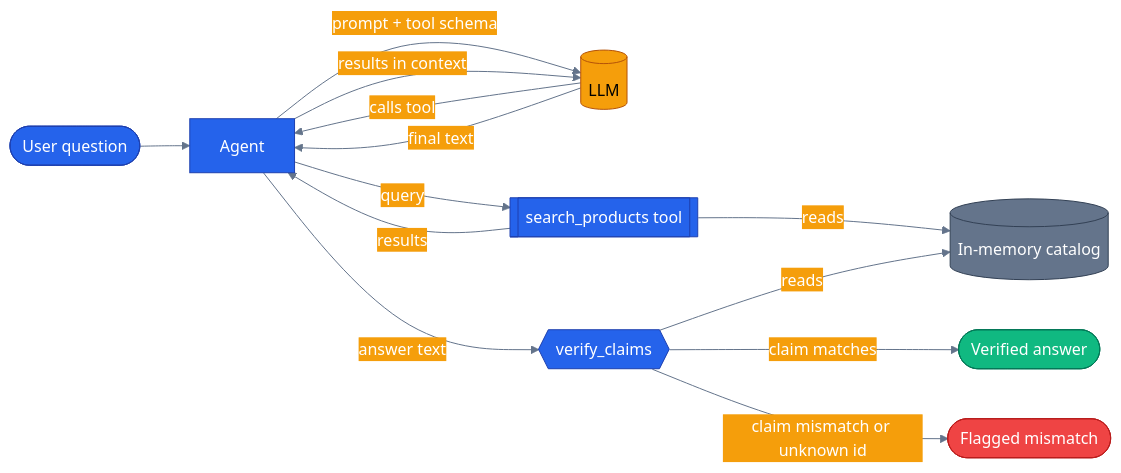
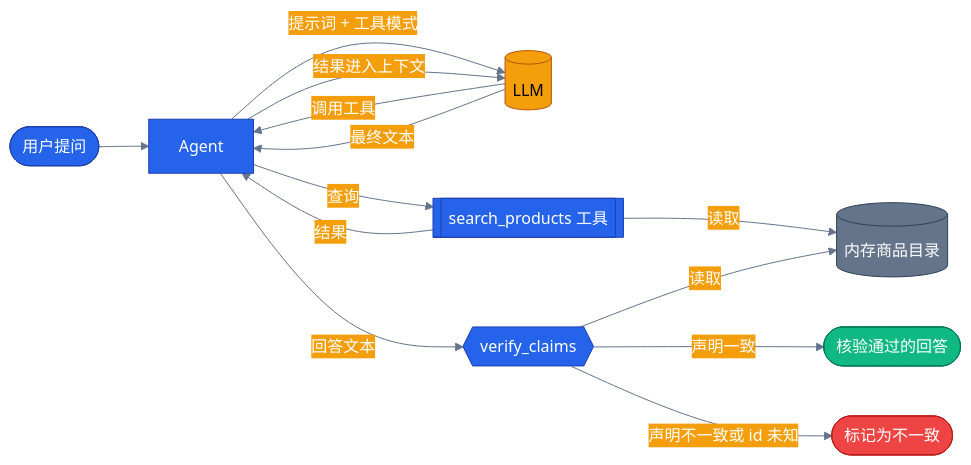
One commit to s1encisi/reliable-commerce-agents changed the diagram in tutorials/24-rag-and-grounding/README.md. Above: the diagram before and after it, drawn with Mermaid. The commit also changed other lines of this file and 1033 other files, not shown here.

````diff
--- a/tutorials/24-rag-and-grounding/README.md
+++ b/tutorials/24-rag-and-grounding/README.md
@@ -60,42 +31,42 @@
 ```mermaid
 %%{init: {'theme':'base', 'themeVariables': {
   'primaryColor': '#2563eb','primaryTextColor': '#ffffff','primaryBorderColor': '#1e40af',
   'lineColor': '#64748b','secondaryColor': '#f59e0b','tertiaryColor': '#10b981',
   'background': 'transparent'}}}%%
 flowchart LR
   classDef core     fill:#2563eb,stroke:#1e40af,color:#ffffff
   classDef external fill:#f59e0b,stroke:#b45309,color:#000000
   classDef success  fill:#10b981,stroke:#047857,color:#ffffff
   classDef error    fill:#ef4444,stroke:#b91c1c,color:#ffffff
   classDef infra    fill:#64748b,stroke:#334155,color:#ffffff
 
-  user([User question])
+  user([用户提问])
   agent[Agent]
   llm[(LLM)]
-  tool[[search_products tool]]
-  catalog[(In-memory catalog)]
+  tool[[search_products 工具]]
+  catalog[(内存商品目录)]
   verify{{verify_claims}}
-  ok([Verified answer])
-  bad([Flagged mismatch])
+  ok([核验通过的回答])
+  bad([标记为不一致])
 
   user --> agent
-  agent -- "prompt + tool schema" --> llm
-  llm -- "calls tool" --> agent
-  agent -- "query" --> tool
-  tool -- "reads" --> catalog
-  tool -- "results" --> agent
-  agent -- "results in context" --> llm
-  llm -- "final text" --> agent
-  agent -- "answer text" --> verify
-  verify -- "reads" --> catalog
-  verify -- "claim matches" --> ok
-  verify -- "claim mismatch or unknown id" --> bad
+  agent -- "提示词 + 工具模式" --> llm
+  llm -- "调用工具" --> agent
+  agent -- "查询" --> tool
+  tool -- "读取" --> catalog
+  tool -- "结果" --> agent
+  agent -- "结果进入上下文" --> llm
+  llm -- "最终文本" --> agent
+  agent -- "回答文本" --> verify
+  verify -- "读取" --> catalog
+  verify -- "声明一致" --> ok
+  verify -- "声明不一致或 id 未知" --> bad
 
   class agent core
   class llm external
   class tool core
   class catalog infra
   class verify core
   class ok success
   class bad error
 ```
````
